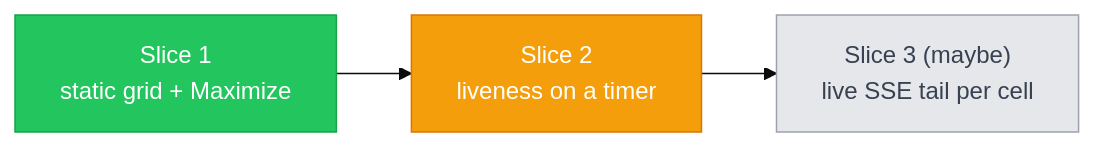
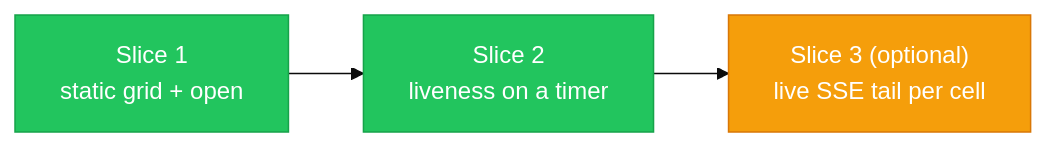
Before and after one commit to mirceta/birocode: the fourth of 5 diagrams in understanding.md, drawn with Mermaid (base theme). The commit also changed other lines of this file and 6 other files, not shown here.

First line of the commit message:
feat: agent dashboard Slice 2 — per-cell liveness on a timer

````diff
--- a/understanding.md
+++ b/understanding.md
@@ -67,7 +70,7 @@
 ```mermaid
 flowchart LR
-  S1["Slice 1<br/>static grid + Maximize"]:::done --> S2["Slice 2<br/>liveness on a timer"]:::next --> S3["Slice 3 (maybe)<br/>live SSE tail per cell"]:::later
+  S1["Slice 1<br/>static grid + open"]:::done --> S2["Slice 2<br/>liveness on a timer"]:::done --> S3["Slice 3 (optional)<br/>live SSE tail per cell"]:::next
   classDef done fill:#22c55e,color:#fff,stroke:#16a34a
   classDef next fill:#f59e0b,color:#fff,stroke:#d97706
   classDef later fill:#e5e7eb,color:#374151,stroke:#9ca3af
 ```
````
